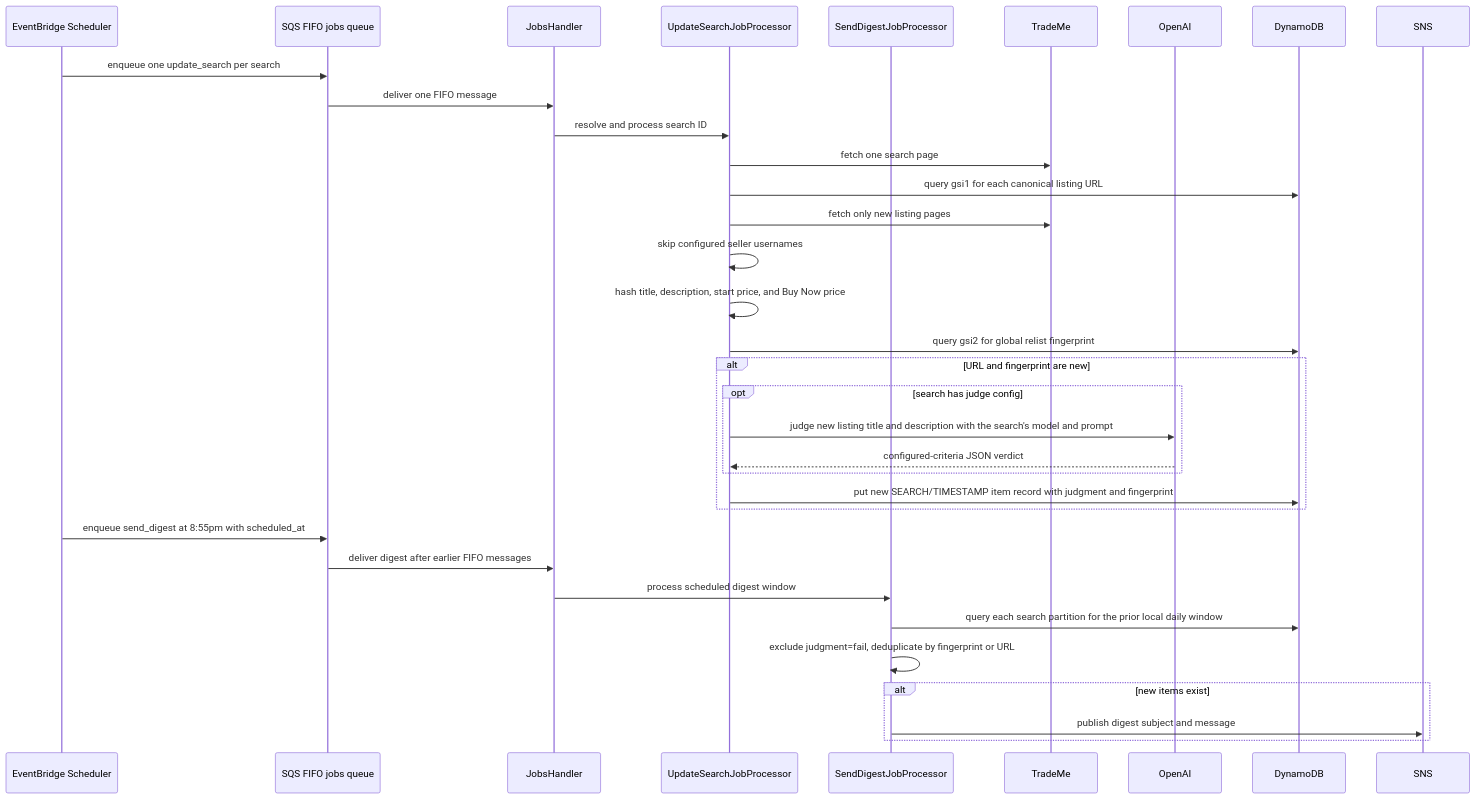
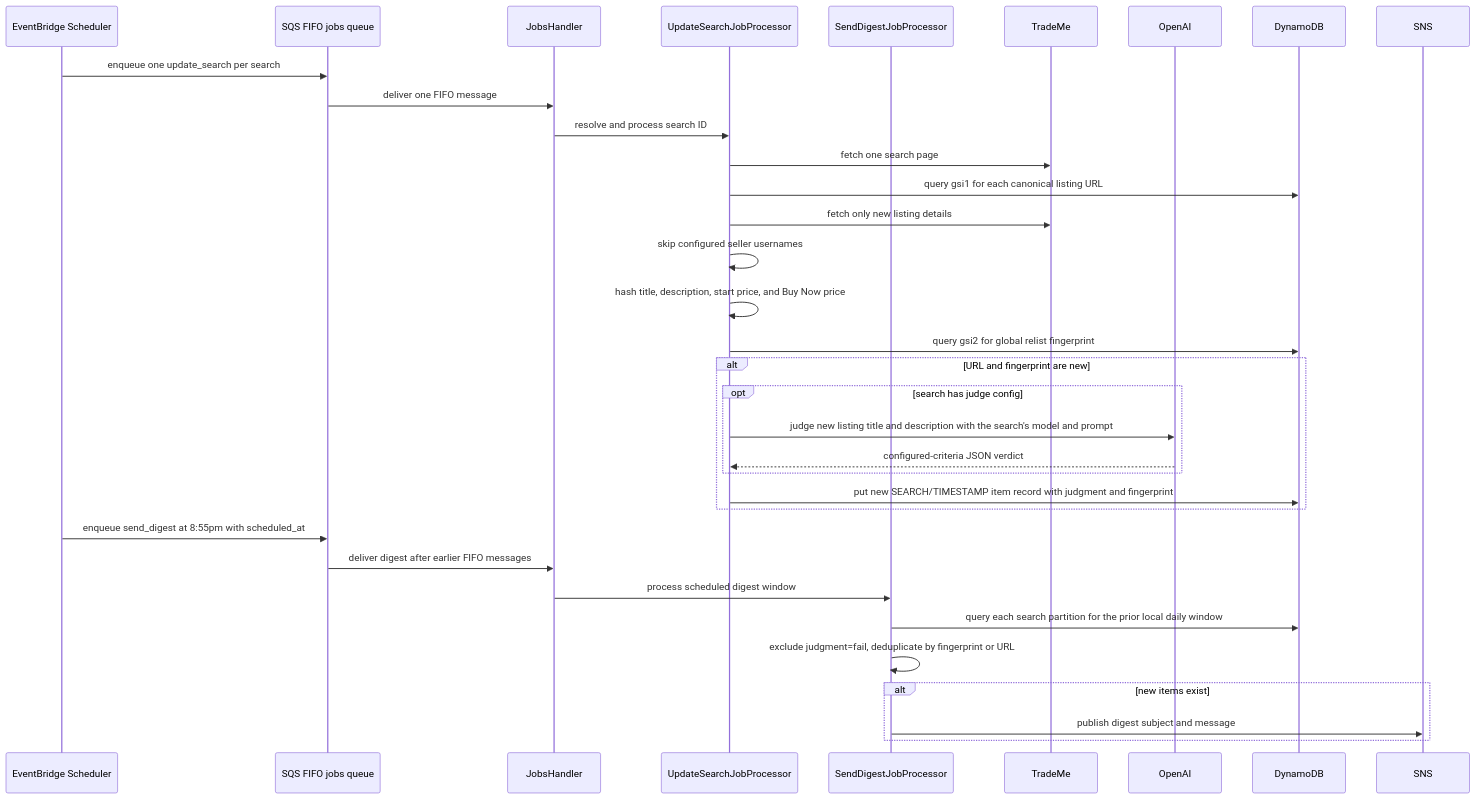
One commit to jordansimsmith/jordansimsmith-com changed the second of 2 diagrams in auction_tracker_api/README.md. Above: the diagram before and after it, drawn with Mermaid. The commit also changed other lines of this file and 8 other files, not shown here.

````diff
--- a/auction_tracker_api/README.md
+++ b/auction_tracker_api/README.md
@@ -80,37 +80,37 @@
 ```mermaid
 sequenceDiagram
   participant UpdateSchedule as EventBridge Scheduler
   participant JobsQueue as SQS FIFO jobs queue
   participant JobsHandler
   participant SearchProcessor as UpdateSearchJobProcessor
   participant DigestProcessor as SendDigestJobProcessor
   participant TradeMe
   participant OpenAI
   participant DynamoDB
   participant SNS
 
   UpdateSchedule->>JobsQueue: enqueue one update_search per search
   JobsQueue->>JobsHandler: deliver one FIFO message
   JobsHandler->>SearchProcessor: resolve and process search ID
   SearchProcessor->>TradeMe: fetch one search page
   SearchProcessor->>DynamoDB: query gsi1 for each canonical listing URL
-  SearchProcessor->>TradeMe: fetch only new listing pages
+  SearchProcessor->>TradeMe: fetch only new listing details
   SearchProcessor->>SearchProcessor: skip configured seller usernames
   SearchProcessor->>SearchProcessor: hash title, description, start price, and Buy Now price
   SearchProcessor->>DynamoDB: query gsi2 for global relist fingerprint
   alt URL and fingerprint are new
     opt search has judge config
       SearchProcessor->>OpenAI: judge new listing title and description with the search's model and prompt
       OpenAI-->>SearchProcessor: configured-criteria JSON verdict
     end
     SearchProcessor->>DynamoDB: put new SEARCH/TIMESTAMP item record with judgment and fingerprint
   end
   UpdateSchedule->>JobsQueue: enqueue send_digest at 8:55pm with scheduled_at
   JobsQueue->>JobsHandler: deliver digest after earlier FIFO messages
   JobsHandler->>DigestProcessor: process scheduled digest window
   DigestProcessor->>DynamoDB: query each search partition for the prior local daily window
   DigestProcessor->>DigestProcessor: exclude judgment=fail, deduplicate by fingerprint or URL
   alt new items exist
     DigestProcessor->>SNS: publish digest subject and message
   end
 ```
````
